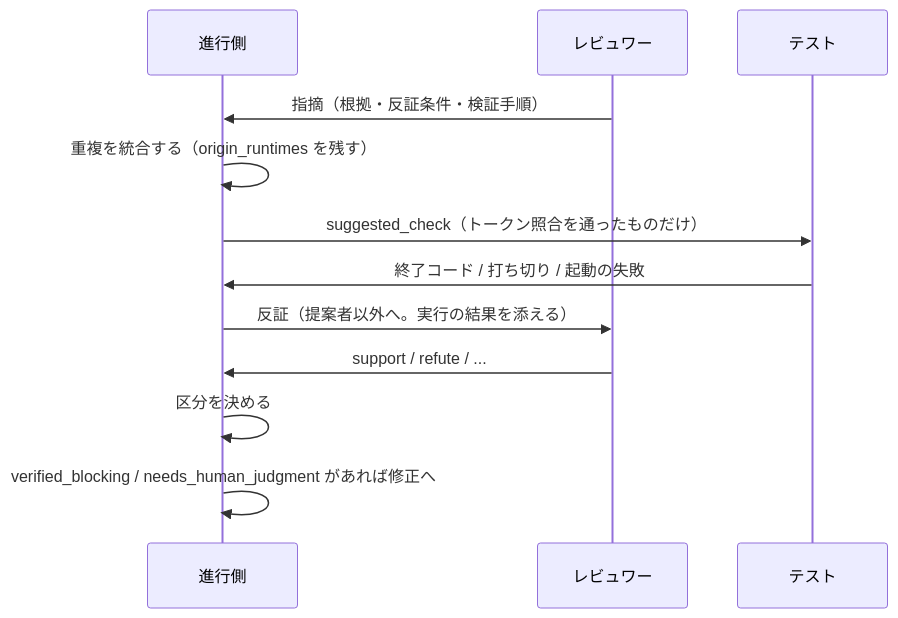
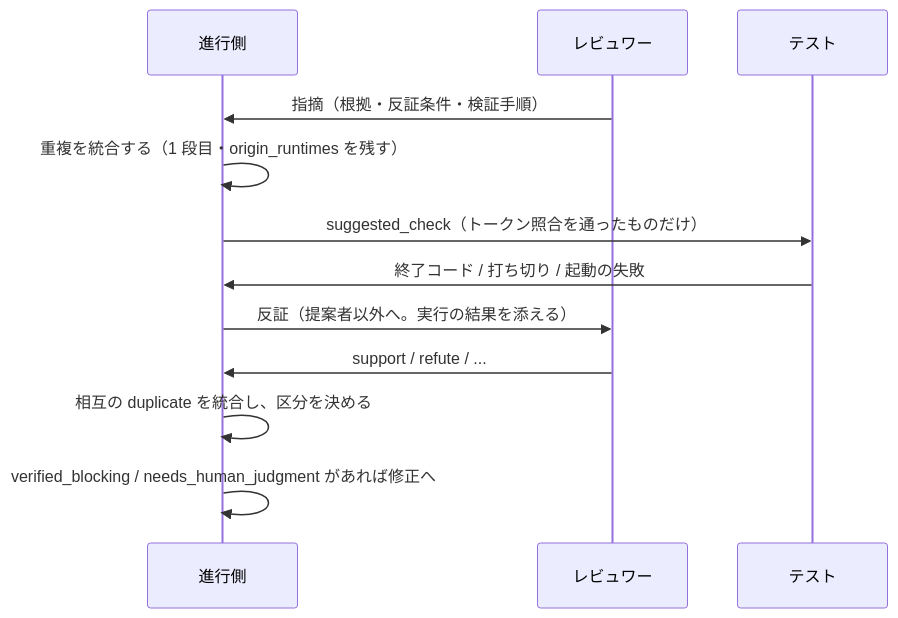
One commit to devbasex/ai-plugins changed the second of 2 diagrams in issues/issue-156-pr3-design.md. Above: the diagram before and after it, drawn with Mermaid. The commit also changed other lines of this file, not shown here.

First line of the commit message:
Fix: 束ねた組の実行検証の集約と、相互の duplicate の当ラウンド統合（#539 レビュー 4 巡目）

````diff
--- a/issues/issue-156-pr3-design.md
+++ b/issues/issue-156-pr3-design.md
@@ -345,14 +352,14 @@
 ```mermaid
 sequenceDiagram
     participant J as 進行側
     participant R as レビュワー
     participant T as テスト
     R->>J: 指摘（根拠・反証条件・検証手順）
-    J->>J: 重複を統合する（origin_runtimes を残す）
+    J->>J: 重複を統合する（1 段目・origin_runtimes を残す）
     J->>T: suggested_check（トークン照合を通ったものだけ）
     T->>J: 終了コード / 打ち切り / 起動の失敗
     J->>R: 反証（提案者以外へ。実行の結果を添える）
     R->>J: support / refute / ...
-    J->>J: 区分を決める
+    J->>J: 相互の duplicate を統合し、区分を決める
     J->>J: verified_blocking / needs_human_judgment があれば修正へ
 ```
````
